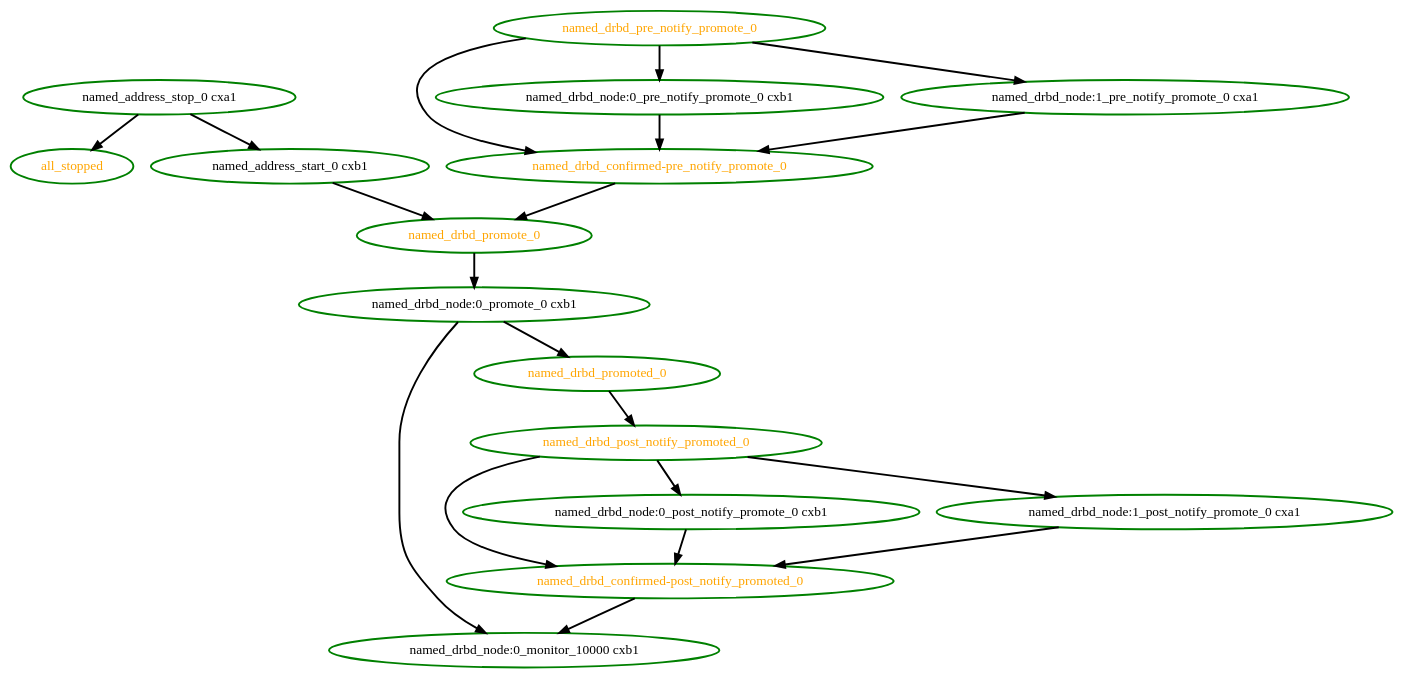
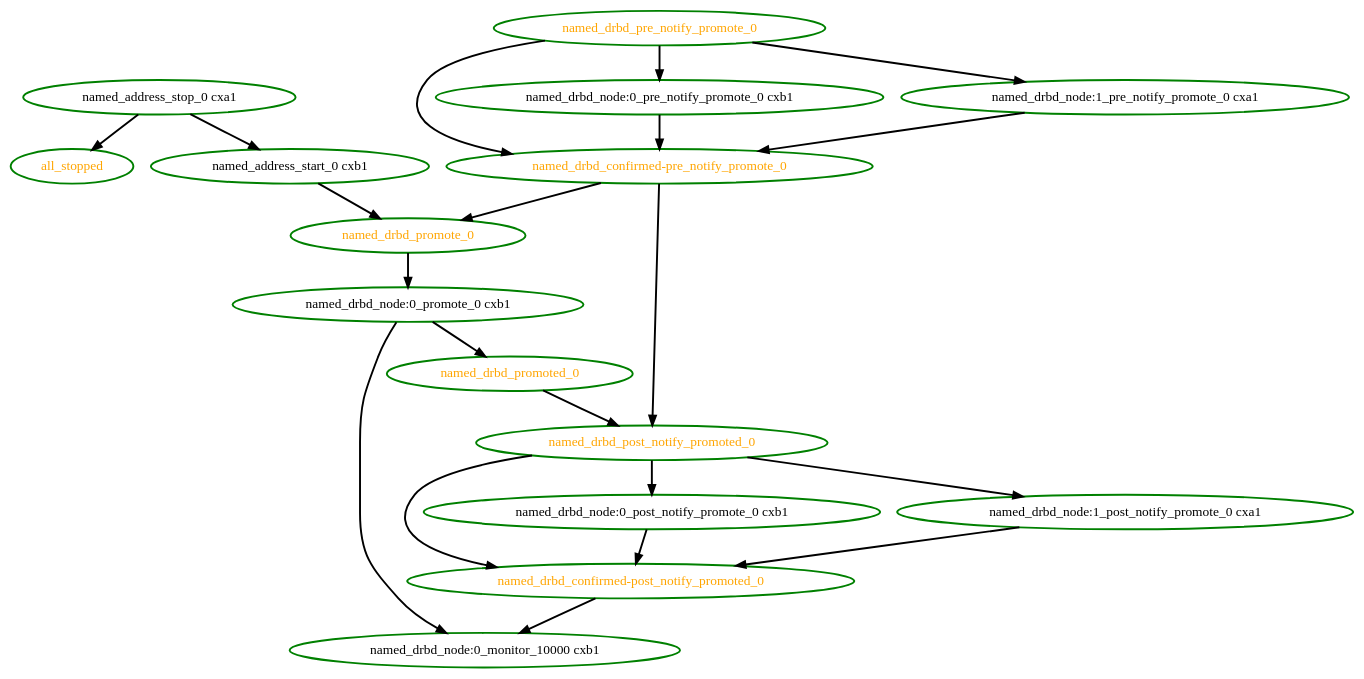
One commit to linux-ha-japan/pm_diskd changed the diagram in pengine/test10/master-demote.dot. Above: the diagram before and after it, drawn with Graphviz. The commit also changed 54 other files, not shown here.

Commit message:
Low: PE: Ensure the relative ordering of pre and post notifications

```diff
--- a/pengine/test10/master-demote.dot
+++ b/pengine/test10/master-demote.dot
@@ -1,36 +1,37 @@
 digraph "g" {
 "all_stopped" [ style=bold color="green" fontcolor="orange"  ]
 "named_address_start_0 cxb1" -> "named_drbd_promote_0" [ style = bold]
 "named_address_start_0 cxb1" [ style=bold color="green" fontcolor="black"  ]
 "named_address_stop_0 cxa1" -> "all_stopped" [ style = bold]
 "named_address_stop_0 cxa1" -> "named_address_start_0 cxb1" [ style = bold]
 "named_address_stop_0 cxa1" [ style=bold color="green" fontcolor="black"  ]
 "named_drbd_confirmed-post_notify_promoted_0" -> "named_drbd_node:0_monitor_10000 cxb1" [ style = bold]
 "named_drbd_confirmed-post_notify_promoted_0" [ style=bold color="green" fontcolor="orange"  ]
+"named_drbd_confirmed-pre_notify_promote_0" -> "named_drbd_post_notify_promoted_0" [ style = bold]
 "named_drbd_confirmed-pre_notify_promote_0" -> "named_drbd_promote_0" [ style = bold]
 "named_drbd_confirmed-pre_notify_promote_0" [ style=bold color="green" fontcolor="orange"  ]
 "named_drbd_node:0_monitor_10000 cxb1" [ style=bold color="green" fontcolor="black"  ]
 "named_drbd_node:0_post_notify_promote_0 cxb1" -> "named_drbd_confirmed-post_notify_promoted_0" [ style = bold]
 "named_drbd_node:0_post_notify_promote_0 cxb1" [ style=bold color="green" fontcolor="black"  ]
 "named_drbd_node:0_pre_notify_promote_0 cxb1" -> "named_drbd_confirmed-pre_notify_promote_0" [ style = bold]
 "named_drbd_node:0_pre_notify_promote_0 cxb1" [ style=bold color="green" fontcolor="black"  ]
 "named_drbd_node:0_promote_0 cxb1" -> "named_drbd_node:0_monitor_10000 cxb1" [ style = bold]
 "named_drbd_node:0_promote_0 cxb1" -> "named_drbd_promoted_0" [ style = bold]
 "named_drbd_node:0_promote_0 cxb1" [ style=bold color="green" fontcolor="black"  ]
 "named_drbd_node:1_post_notify_promote_0 cxa1" -> "named_drbd_confirmed-post_notify_promoted_0" [ style = bold]
 "named_drbd_node:1_post_notify_promote_0 cxa1" [ style=bold color="green" fontcolor="black"  ]
 "named_drbd_node:1_pre_notify_promote_0 cxa1" -> "named_drbd_confirmed-pre_notify_promote_0" [ style = bold]
 "named_drbd_node:1_pre_notify_promote_0 cxa1" [ style=bold color="green" fontcolor="black"  ]
 "named_drbd_post_notify_promoted_0" -> "named_drbd_confirmed-post_notify_promoted_0" [ style = bold]
 "named_drbd_post_notify_promoted_0" -> "named_drbd_node:0_post_notify_promote_0 cxb1" [ style = bold]
 "named_drbd_post_notify_promoted_0" -> "named_drbd_node:1_post_notify_promote_0 cxa1" [ style = bold]
 "named_drbd_post_notify_promoted_0" [ style=bold color="green" fontcolor="orange"  ]
 "named_drbd_pre_notify_promote_0" -> "named_drbd_confirmed-pre_notify_promote_0" [ style = bold]
 "named_drbd_pre_notify_promote_0" -> "named_drbd_node:0_pre_notify_promote_0 cxb1" [ style = bold]
 "named_drbd_pre_notify_promote_0" -> "named_drbd_node:1_pre_notify_promote_0 cxa1" [ style = bold]
 "named_drbd_pre_notify_promote_0" [ style=bold color="green" fontcolor="orange"  ]
 "named_drbd_promote_0" -> "named_drbd_node:0_promote_0 cxb1" [ style = bold]
 "named_drbd_promote_0" [ style=bold color="green" fontcolor="orange"  ]
 "named_drbd_promoted_0" -> "named_drbd_post_notify_promoted_0" [ style = bold]
 "named_drbd_promoted_0" [ style=bold color="green" fontcolor="orange"  ]
 }
```
